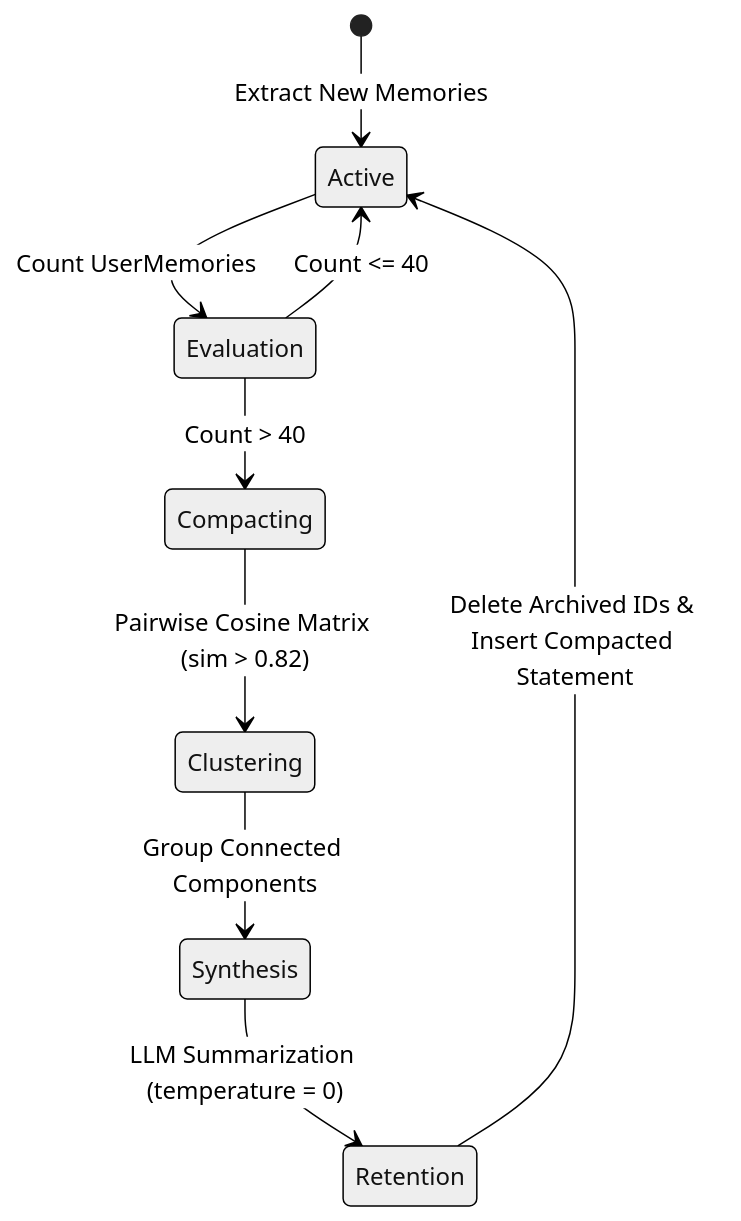
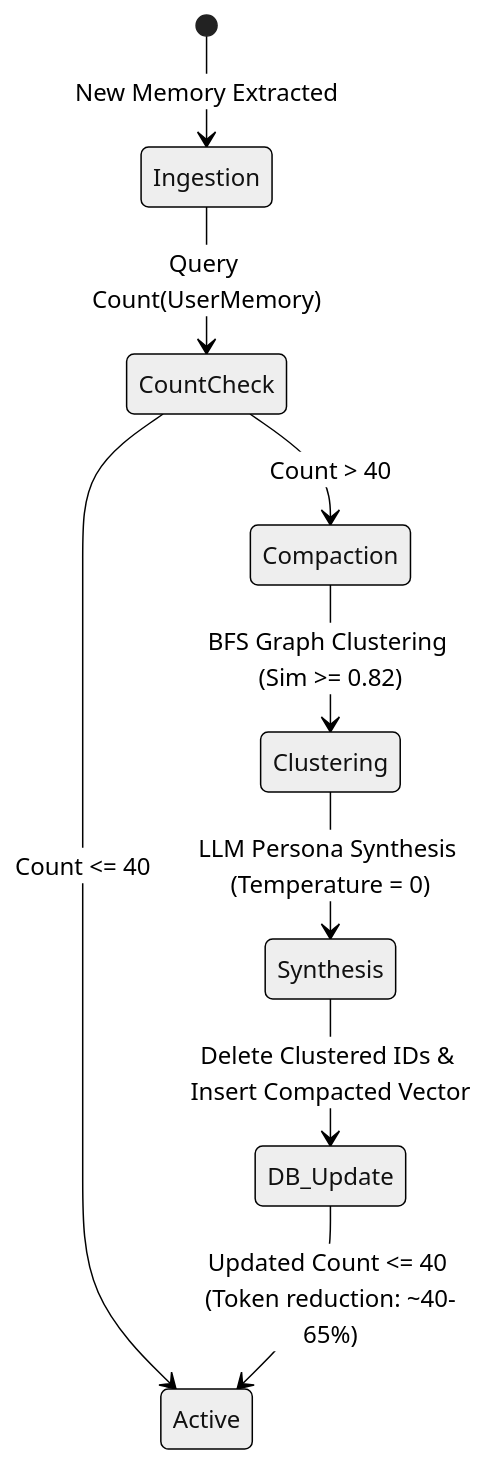
The third of 3 diagrams in docs/ai/memory-agent-pipeline.md (Aakif-Kohari/WorkSphere), drawn with Mermaid (neutral theme) before and after one commit. The commit also changed other lines of this file and 1 other file, not shown here.

First line of the commit message:
doc: document vector embedding batching and HNSW indexing thresholds … (#4729)

````diff
--- a/docs/ai/memory-agent-pipeline.md
+++ b/docs/ai/memory-agent-pipeline.md
@@ -115,11 +174,11 @@
 ```mermaid
 stateDiagram-v2
-    [*] --> Active: Extract New Memories
-    Active --> Evaluation: Count UserMemories
-    Evaluation --> Active: Count <= 40
-    Evaluation --> Compacting: Count > 40
-    Compacting --> Clustering: Pairwise Cosine Matrix (sim > 0.82)
-    Clustering --> Synthesis: Group Connected Components
-    Synthesis --> Retention: LLM Summarization (temperature = 0)
-    Retention --> Active: Delete Archived IDs & Insert Compacted Statement
+    [*] --> Ingestion: New Memory Extracted
+    Ingestion --> CountCheck: Query Count(UserMemory)
+    CountCheck --> Active: Count <= 40
+    CountCheck --> Compaction: Count > 40
+    Compaction --> Clustering: BFS Graph Clustering (Sim >= 0.82)
+    Clustering --> Synthesis: LLM Persona Synthesis (Temperature = 0)
+    Synthesis --> DB_Update: Delete Clustered IDs & Insert Compacted Vector
+    DB_Update --> Active: Updated Count <= 40 (Token reduction: ~40-65%)
 ```
````
